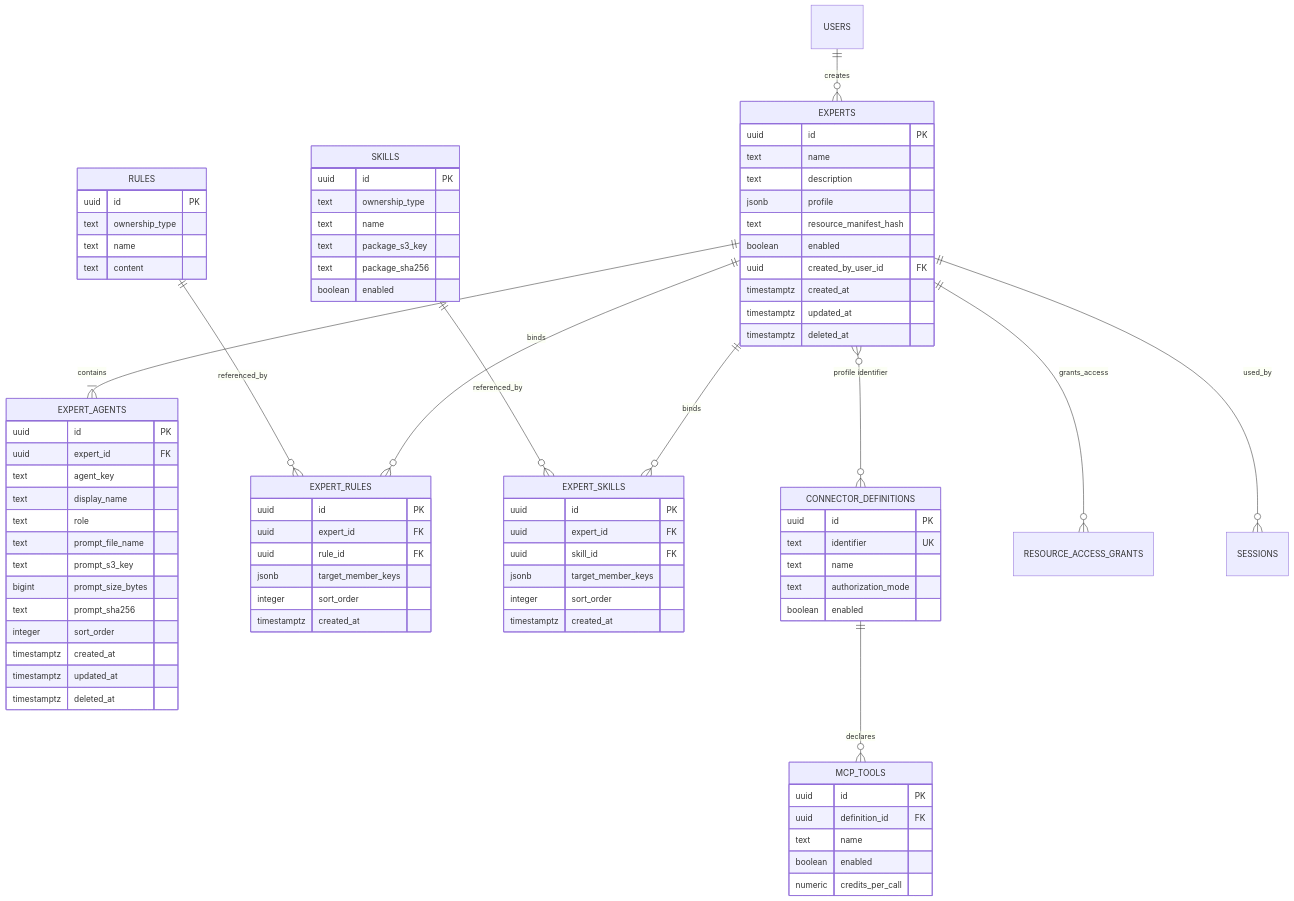
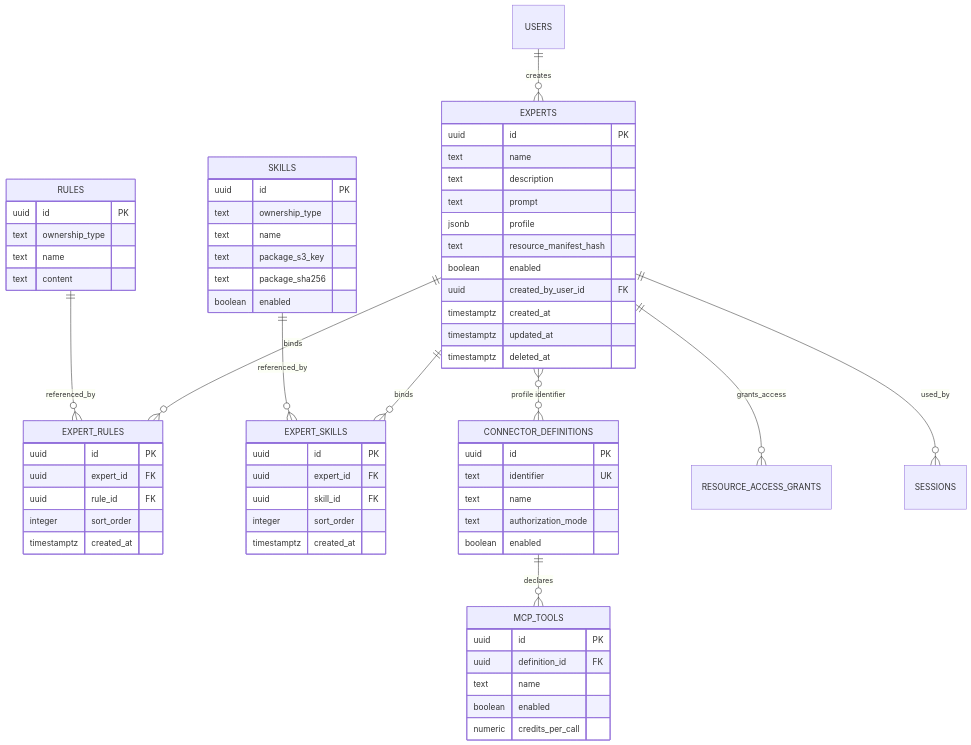
One commit to chaitin/MonkeyCode changed the diagram in monkeyai/design/ai-resource-change-impact.md. Above: the diagram before and after it, drawn with Mermaid. The commit also changed other lines of this file and 3 other files, not shown here.

````diff
--- a/monkeyai/design/ai-resource-change-impact.md
+++ b/monkeyai/design/ai-resource-change-impact.md
@@ -77,7 +77,6 @@
 ```mermaid
 erDiagram
     USERS ||--o{ EXPERTS : creates
-    EXPERTS ||--|{ EXPERT_AGENTS : contains
     EXPERTS ||--o{ EXPERT_RULES : binds
     RULES ||--o{ EXPERT_RULES : referenced_by
     EXPERTS ||--o{ EXPERT_SKILLS : binds
@@ -91,6 +90,7 @@
         uuid id PK
         text name
         text description
+        text prompt
         jsonb profile
         text resource_manifest_hash
         boolean enabled
@@ -100,27 +100,10 @@
         timestamptz deleted_at
     }
 
-    EXPERT_AGENTS {
-        uuid id PK
-        uuid expert_id FK
-        text agent_key
-        text display_name
-        text role
-        text prompt_file_name
-        text prompt_s3_key
-        bigint prompt_size_bytes
-        text prompt_sha256
-        integer sort_order
-        timestamptz created_at
-        timestamptz updated_at
-        timestamptz deleted_at
-    }
-
     EXPERT_RULES {
         uuid id PK
         uuid expert_id FK
         uuid rule_id FK
-        jsonb target_member_keys
         integer sort_order
         timestamptz created_at
     }
@@ -129,7 +112,6 @@
         uuid id PK
         uuid expert_id FK
         uuid skill_id FK
-        jsonb target_member_keys
         integer sort_order
         timestamptz created_at
     }
````
